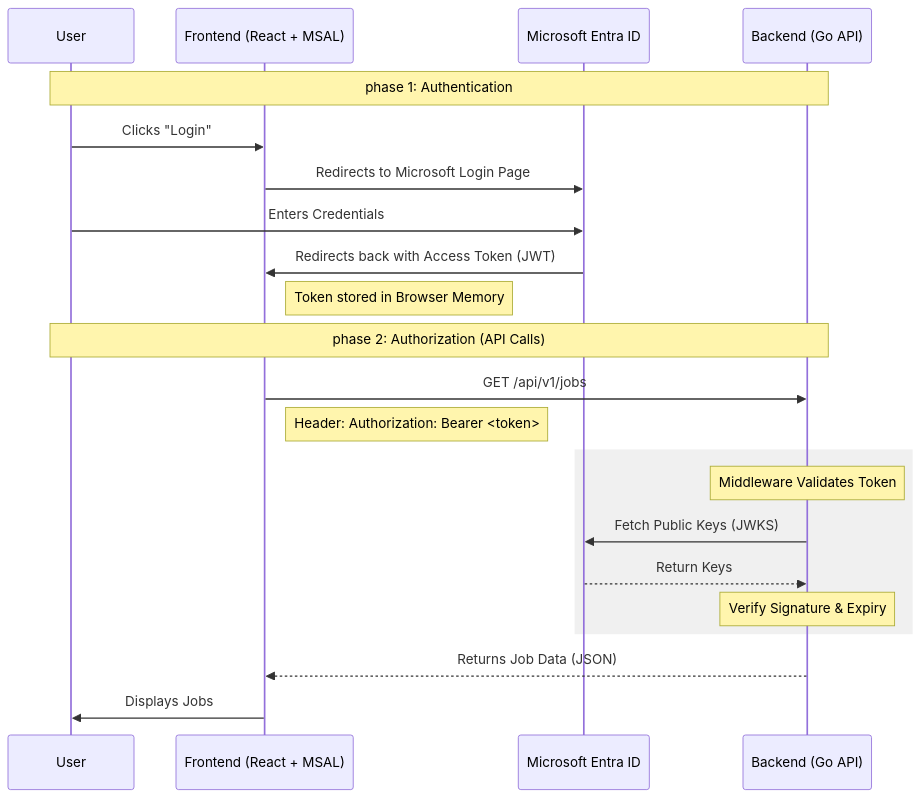
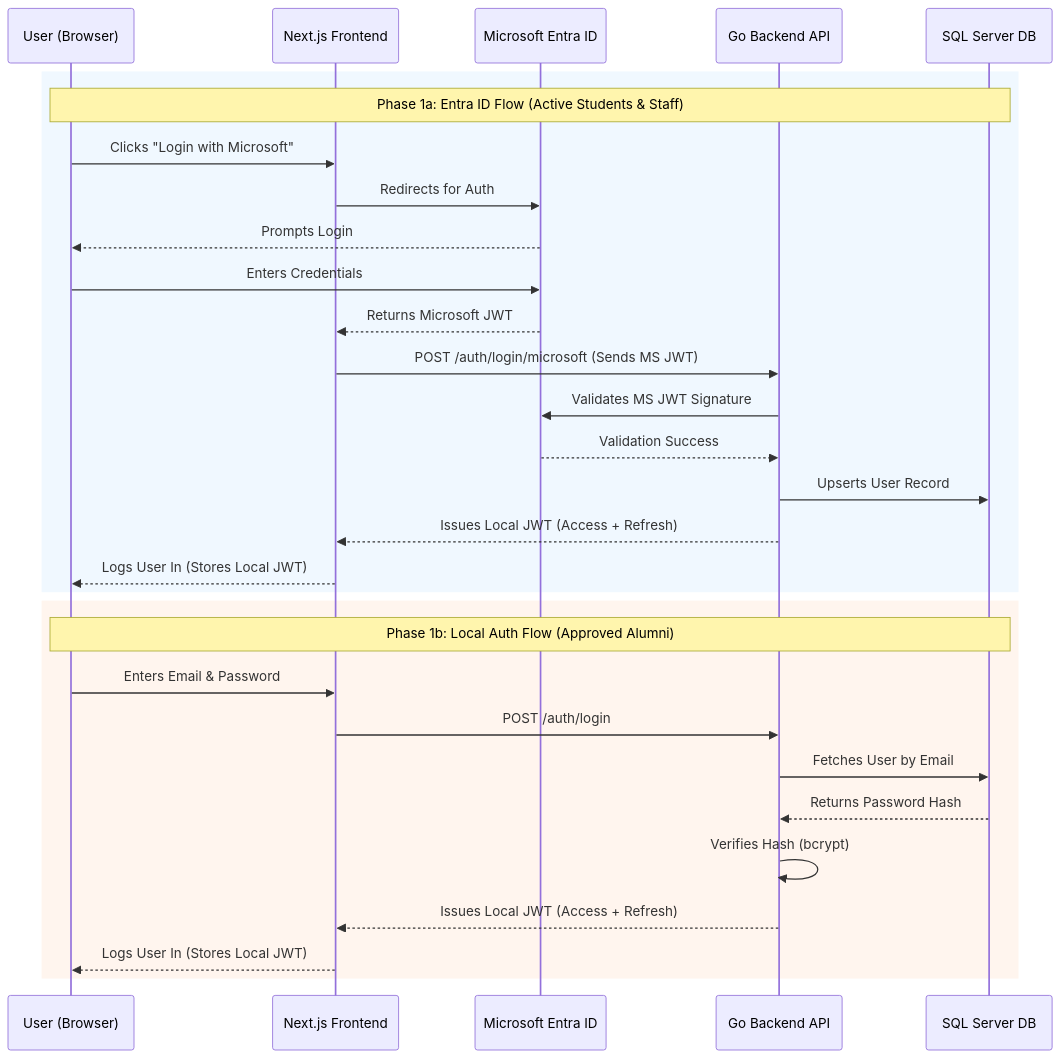
Before and after one commit to sayasyedakmal/careerhubv2-plan: the diagram in docs/auth-process.md, drawn with Mermaid. The commit also changed other lines of this file and 59 other files, not shown here.

````diff
--- a/docs/auth-process.md
+++ b/docs/auth-process.md
@@ -9,28 +13,34 @@
 ```mermaid
 sequenceDiagram
-    participant User
-    participant FE as Frontend (React + MSAL)
-    participant MS as Microsoft Entra ID
-    participant BE as Backend (Go API)
+    participant U as User (Browser)
+    participant F as Next.js Frontend
+    participant M as Microsoft Entra ID
+    participant B as Go Backend API
+    participant D as SQL Server DB
 
-    Note over User, BE: phase 1: Authentication
-    User->>FE: Clicks "Login"
-    FE->>MS: Redirects to Microsoft Login Page
-    User->>MS: Enters Credentials
-    MS->>FE: Redirects back with Access Token (JWT)
-    Note right of FE: Token stored in Browser Memory
-
-    Note over User, BE: phase 2: Authorization (API Calls)
-    FE->>BE: GET /api/v1/jobs
-    Note right of FE: Header: Authorization: Bearer <token>
-    
-    rect rgb(240, 240, 240)
-        Note over BE: Middleware Validates Token
-        BE->>MS: Fetch Public Keys (JWKS)
-        MS-->>BE: Return Keys
-        Note over BE: Verify Signature & Expiry
+    rect rgb(240, 248, 255)
+    Note over U,D: Phase 1a: Entra ID Flow (Active Students & Staff)
+    U->>F: Clicks "Login with Microsoft"
+    F->>M: Redirects for Auth
+    M-->>U: Prompts Login
+    U->>M: Enters Credentials
+    M-->>F: Returns Microsoft JWT
+    F->>B: POST /auth/login/microsoft (Sends MS JWT)
+    B->>M: Validates MS JWT Signature
+    M-->>B: Validation Success
+    B->>D: Upserts User Record
+    B-->>F: Issues Local JWT (Access + Refresh)
+    F-->>U: Logs User In (Stores Local JWT)
     end
 
-    BE-->>FE: Returns Job Data (JSON)
-    FE->>User: Displays Jobs
+    rect rgb(255, 245, 238)
+    Note over U,D: Phase 1b: Local Auth Flow (Approved Alumni)
+    U->>F: Enters Email & Password
+    F->>B: POST /auth/login
+    B->>D: Fetches User by Email
+    D-->>B: Returns Password Hash
+    B->>B: Verifies Hash (bcrypt)
+    B-->>F: Issues Local JWT (Access + Refresh)
+    F-->>U: Logs User In (Stores Local JWT)
+    end
 ```
````
